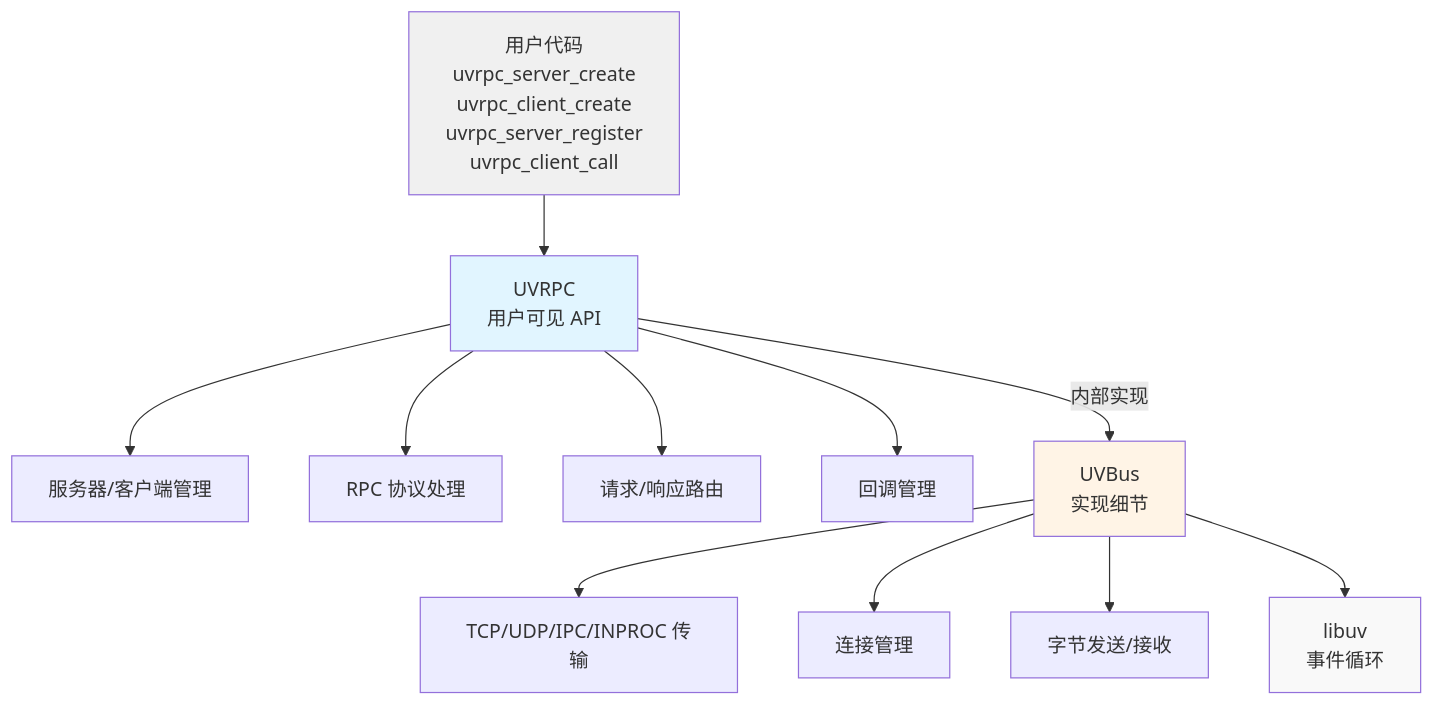
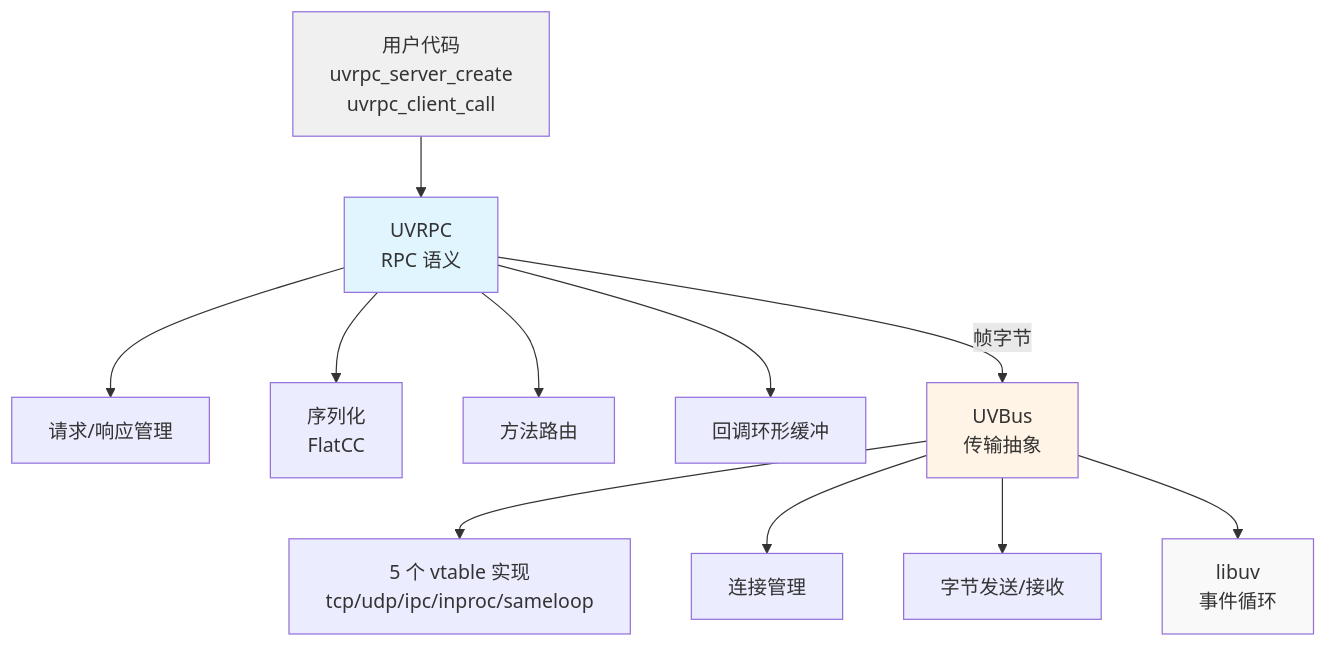
One commit to adam-ikari/uvrpc changed the diagram in docs/architecture/integration.md. Above: the diagram before and after it, drawn with Mermaid. The commit also changed other lines of this file and 19 other files, not shown here.

````diff
--- a/docs/architecture/integration.md
+++ b/docs/architecture/integration.md
@@ -13,21 +9,17 @@
 ```mermaid
 graph TD
-    A[用户代码<br/>uvrpc_server_create<br/>uvrpc_client_create<br/>uvrpc_server_register<br/>uvrpc_client_call]
-    A --> B[UVRPC<br/>用户可见 API]
-    B --> B1[服务器/客户端管理]
-    B --> B2[RPC 协议处理]
-    B --> B3[请求/响应路由]
-    B --> B4[回调管理]
-    
-    B -->|内部实现| C[UVBus<br/>实现细节]
-    C --> C1[TCP/UDP/IPC/INPROC 传输]
+    A[用户代码<br/>uvrpc_server_create<br/>uvrpc_client_call] --> B[UVRPC<br/>RPC 语义]
+    B --> B1[请求/响应管理]
+    B --> B2[序列化<br/>FlatCC]
+    B --> B3[方法路由]
+    B --> B4[回调环形缓冲]
+    B -->|帧字节| C[UVBus<br/>传输抽象]
+    C --> C1[5 个 vtable 实现<br/>tcp/udp/ipc/inproc/sameloop]
     C --> C2[连接管理]
     C --> C3[字节发送/接收]
-    
     C --> D[libuv<br/>事件循环]
-    
     style A fill:#f0f0f0
     style B fill:#e1f5ff
     style C fill:#fff4e6
     style D fill:#f9f9f9
 ```
````
